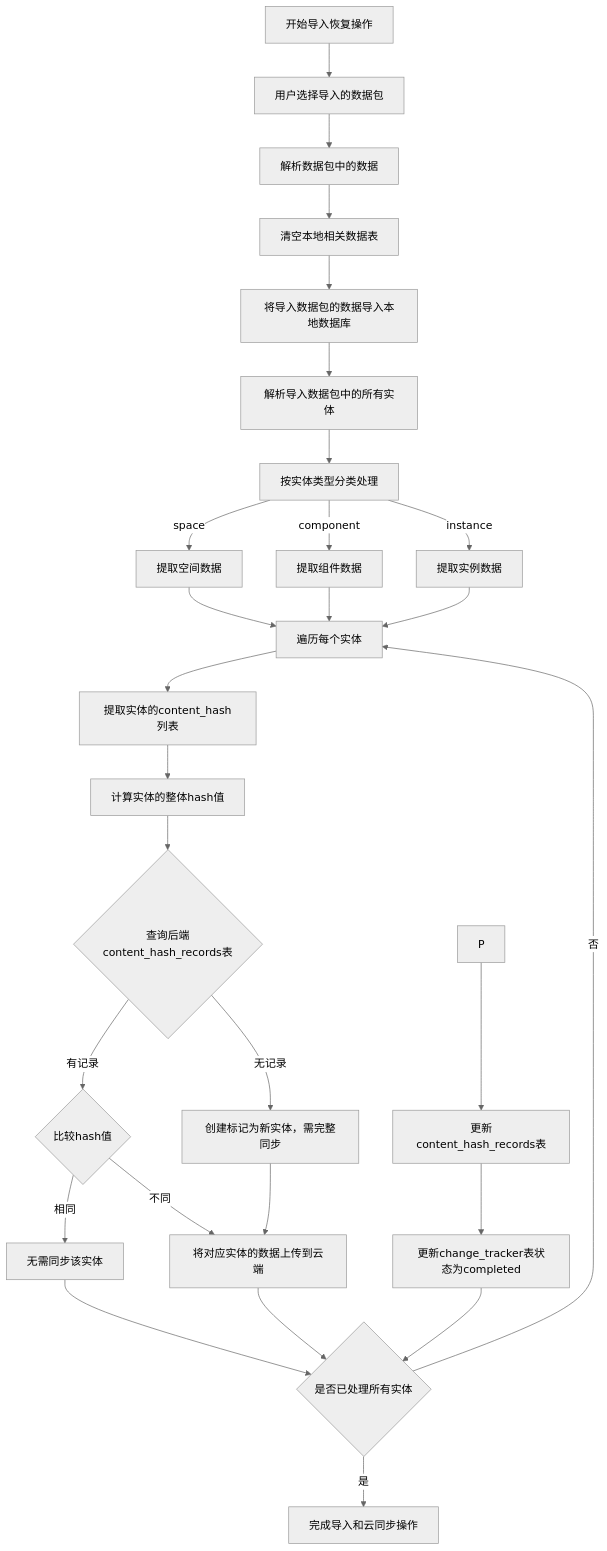
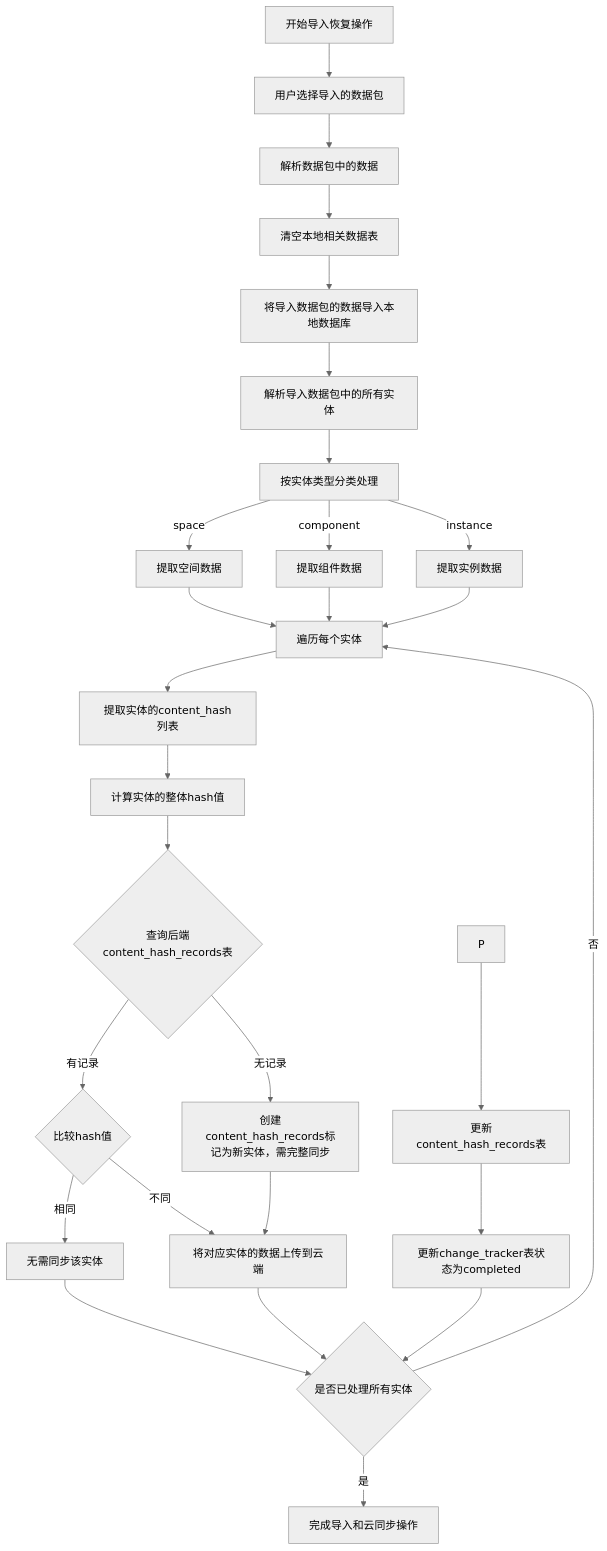
Before and after one commit to yingjianzh/iodraw-files: the diagram in all/未命名-44.md, drawn with Mermaid (neutral theme).

Commit message:
2025-04-27 11:40:07 update

````diff
--- a/all/未命名-44.md
+++ b/all/未命名-44.md
@@ -1,39 +1,39 @@
 ```mermaid
 flowchart TD
     A[开始导入恢复操作] --> B[用户选择导入的数据包]
     B --> C[解析数据包中的数据]
     
     C --> D[清空本地相关数据表]
     D --> E[将导入数据包的数据导入本地数据库]
     
     E --> F[解析导入数据包中的所有实体]
     F --> G[按实体类型分类处理]
     
     G -->|space| H1[提取空间数据]
     G -->|component| H2[提取组件数据]
     G -->|instance| H3[提取实例数据]
     
     H1 --> I[遍历每个实体]
     H2 --> I
     H3 --> I
     
     I --> J[提取实体的content_hash列表]
     J --> K[计算实体的整体hash值]
     
     K --> L{查询后端content_hash_records表}
-    L -->|无记录| M1[创建标记为新实体，需完整同步]
+    L -->|无记录| M1[创建content_hash_records标记为新实体，需完整同步]
     L -->|有记录| M2{比较hash值}
     
     M2 -->|相同| M3[无需同步该实体]
     M2 -->|不同| M4[将对应实体的数据上传到云端]
     M1 --> M4[将对应实体的数据上传到云端]
     
     P --> Q[更新content_hash_records表]
     Q --> R[更新change_tracker表状态为completed]
     M3 --> S{是否已处理所有实体}
     M4 --> S{是否已处理所有实体}
     R --> S
     
     S -->|否| I
     S -->|是| T[完成导入和云同步操作]
 ```
````
